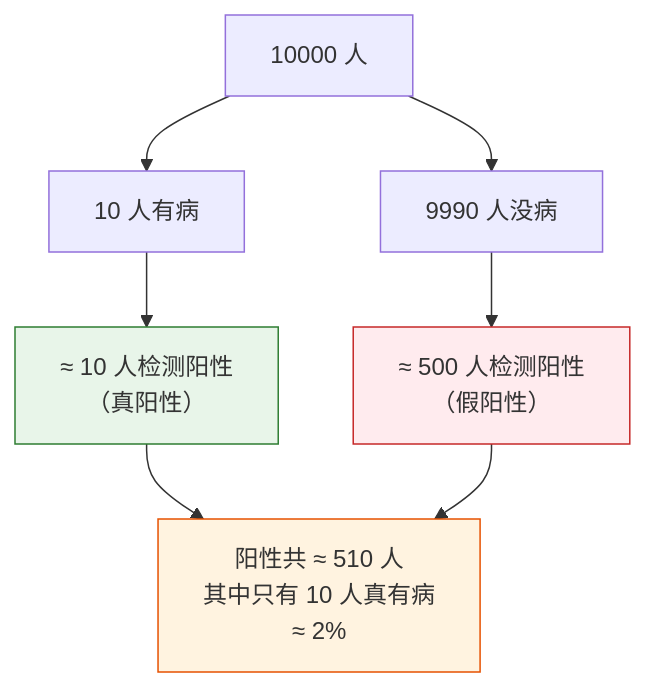
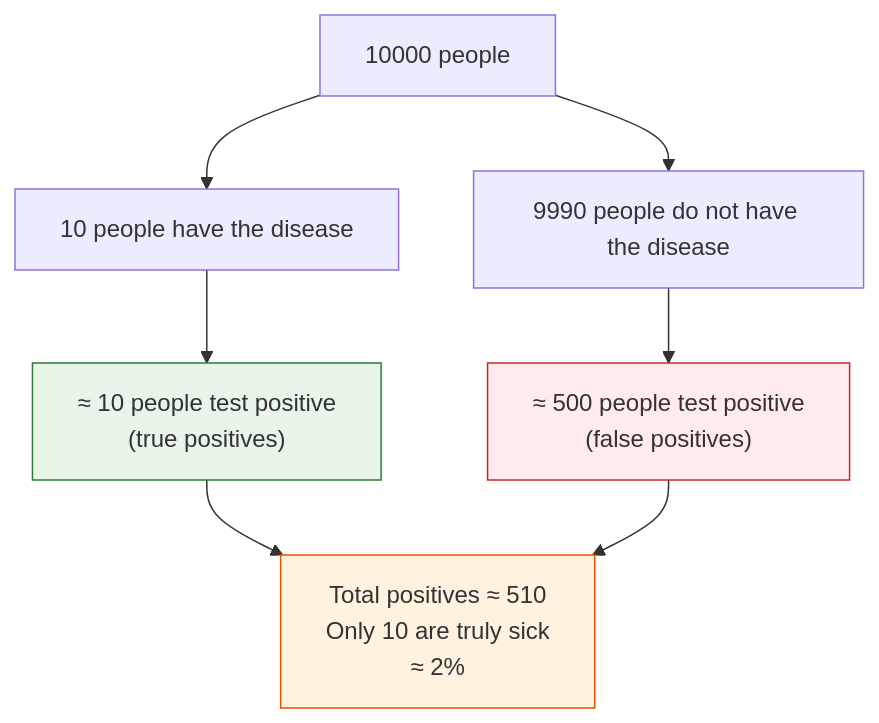
One commit to oudbiao/AI-fullstack-course changed the second of 3 diagrams in docs/ch04-ai-math/ch02-probability/01-probability-basics.md. Above: the diagram before and after it, drawn with Mermaid. The commit also changed other lines of this file and 1406 other files, not shown here.

````diff
--- a/docs/ch04-ai-math/ch02-probability/01-probability-basics.md
+++ b/docs/ch04-ai-math/ch02-probability/01-probability-basics.md
@@ -320,13 +319,13 @@
 ```mermaid
 flowchart TD
-    A["10000 人"] --> B["10 人有病"]
-    A --> C["9990 人没病"]
-    B --> D["≈ 10 人检测阳性<br/>（真阳性）"]
-    C --> E["≈ 500 人检测阳性<br/>（假阳性）"]
-    D --> F["阳性共 ≈ 510 人<br/>其中只有 10 人真有病<br/>≈ 2%"]
+    A["10000 people"] --> B["10 people have the disease"]
+    A --> C["9990 people do not have the disease"]
+    B --> D["≈ 10 people test positive<br/>(true positives)"]
+    C --> E["≈ 500 people test positive<br/>(false positives)"]
+    D --> F["Total positives ≈ 510<br/>Only 10 are truly sick<br/>≈ 2%"]
     E --> F
 
     style D fill:#e8f5e9,stroke:#2e7d32,color:#333
     style E fill:#ffebee,stroke:#c62828,color:#333
     style F fill:#fff3e0,stroke:#e65100,color:#333
 ```
````
